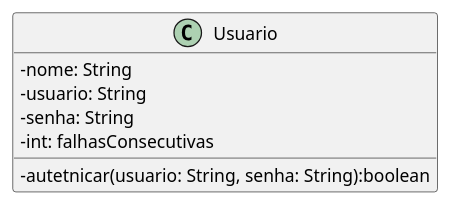
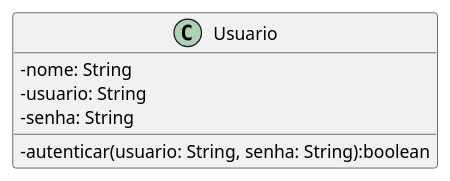
The diagram in assets/usuario.iuml (IFNMG-Almenara-Classes/lista-classes-objetos), drawn with PlantUML before and after one commit. The commit also changed 1 other file, not shown here.

```diff
--- a/assets/usuario.iuml
+++ b/assets/usuario.iuml
@@ -1,11 +1,11 @@
 @startuml
 skinparam classAttributeIconSize 0
 class Usuario{
  - nome: String
  - usuario: String
  - senha: String
- - int: falhasConsecutivas
-
- - autetnicar(usuario: String, senha: String):boolean
+ 
+ - autenticar(usuario: String, senha: String):boolean
+ 
 }
 @enduml
```
